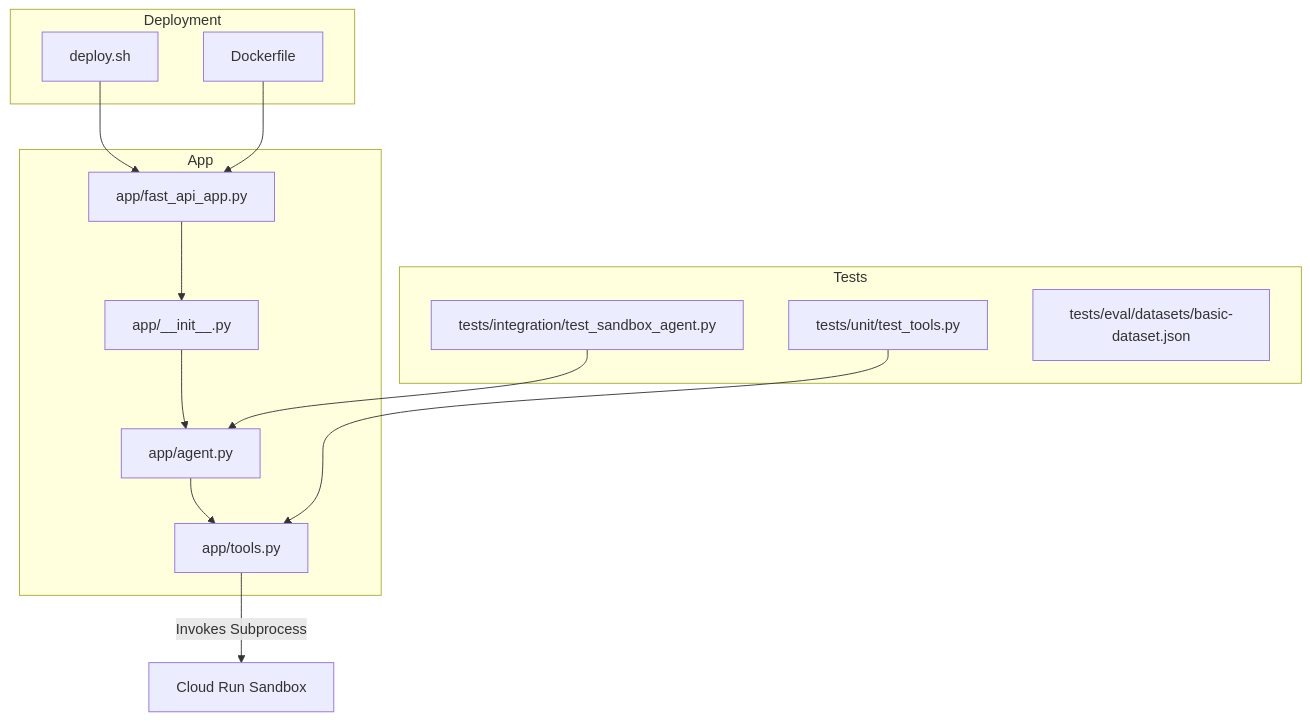
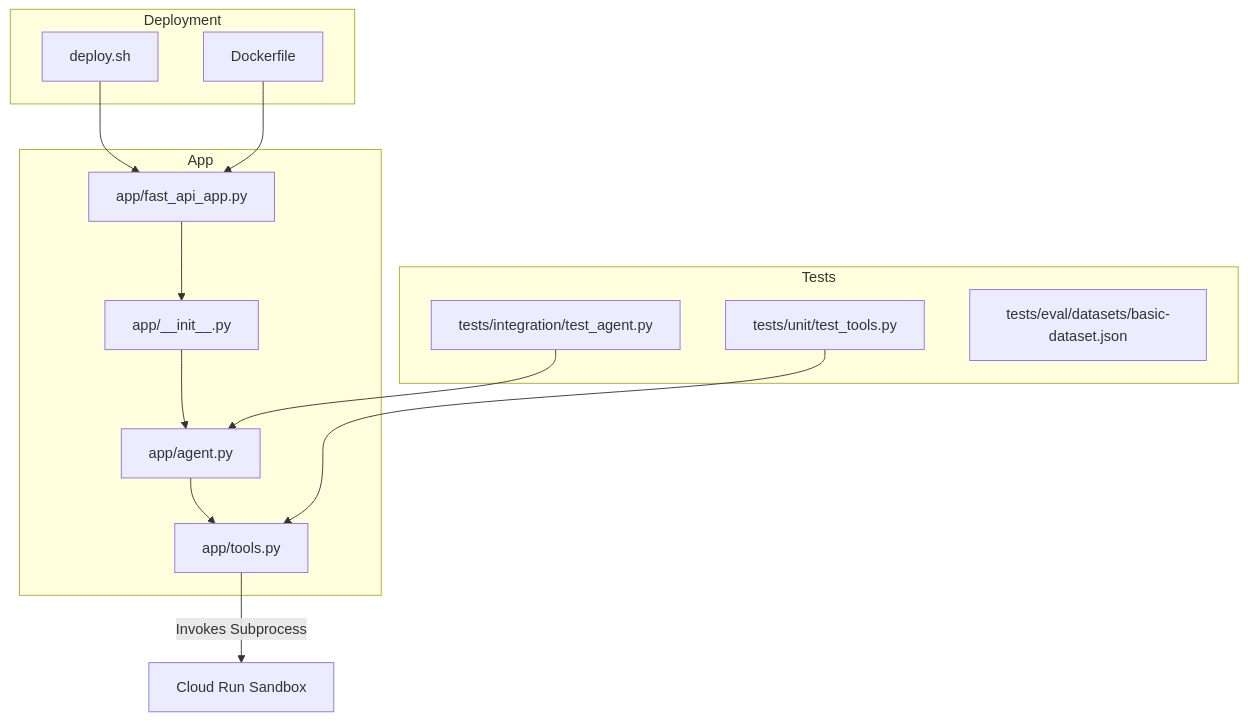
Before and after one commit to richardhe-fundamenta/practical-gcp-examples: the second of 2 diagrams in cloudrun-agent-sandbox/README.md, drawn with Mermaid. The commit also changed other lines of this file and 10 other files, not shown here.

````diff
--- a/cloudrun-agent-sandbox/README.md
+++ b/cloudrun-agent-sandbox/README.md
@@ -67,21 +66,21 @@
 ```mermaid
 graph TD
     subgraph App
         A[app/__init__.py] --> B[app/agent.py]
         B --> C[app/tools.py]
         D[app/fast_api_app.py] --> A
     end
 
     subgraph Tests
         E[tests/unit/test_tools.py] --> C
-        F[tests/integration/test_sandbox_agent.py] --> B
+        F[tests/integration/test_agent.py] --> B
         G[tests/eval/datasets/basic-dataset.json]
     end
 
     subgraph Deployment
         H[deploy.sh] --> D
         I[Dockerfile] --> D
     end
     
     C -->|Invokes Subprocess| J[Cloud Run Sandbox]
 ```
````
